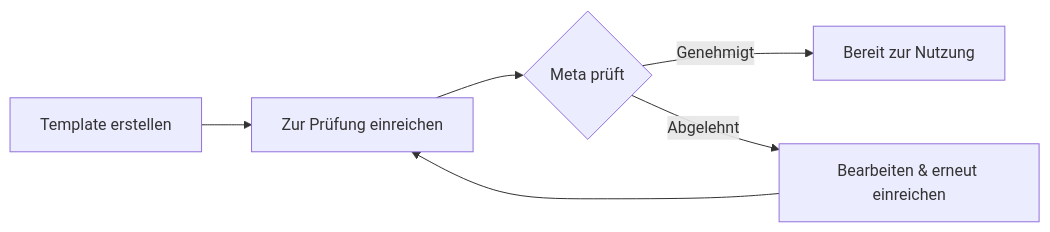
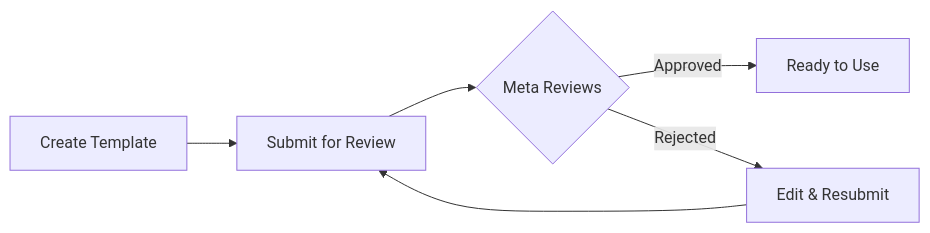
Before and after one commit to bekgroup/Famulor-docs-de: the diagram in en/whatsapp/templates.mdx, drawn with Mermaid. The commit also changed other lines of this file and 9 other files, not shown here.

````diff
--- a/en/whatsapp/templates.mdx
+++ b/en/whatsapp/templates.mdx
@@ -165,8 +164,8 @@
 ```mermaid  theme={null}
 flowchart LR
-    A[Template erstellen] --> B[Zur Prüfung einreichen]
-    B --> C{Meta prüft}
-    C -->|Genehmigt| D[Bereit zur Nutzung]
-    C -->|Abgelehnt| E[Bearbeiten & erneut einreichen]
+    A[Create Template] --> B[Submit for Review]
+    B --> C{Meta Reviews}
+    C -->|Approved| D[Ready to Use]
+    C -->|Rejected| E[Edit & Resubmit]
     E --> B
 ```
````
